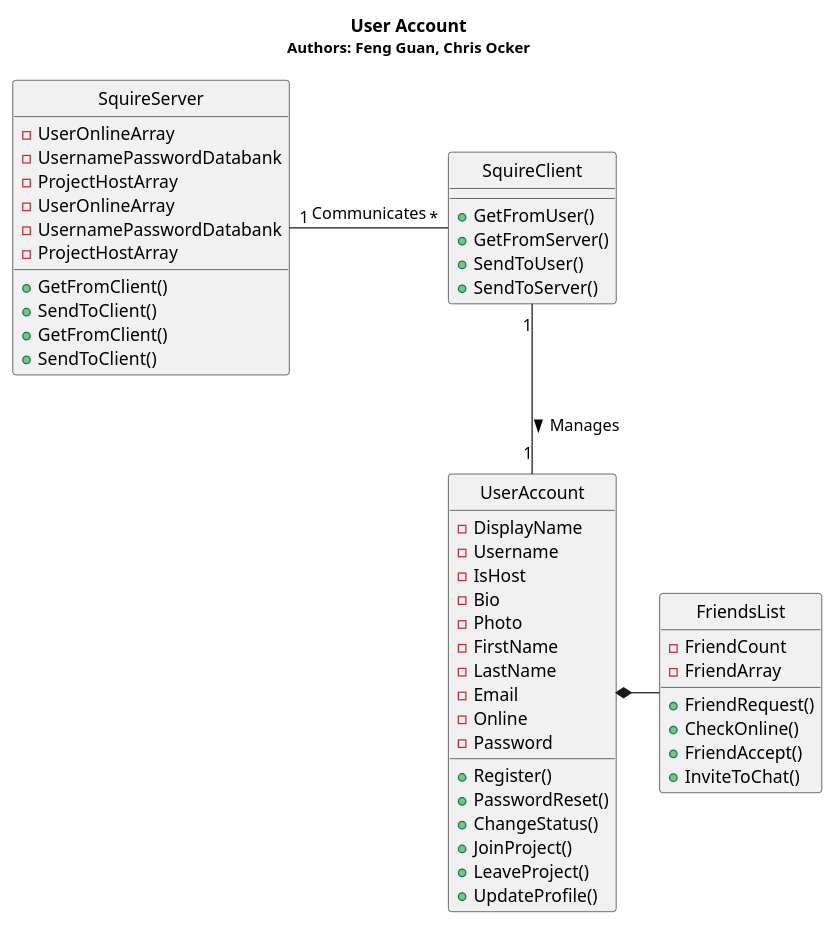
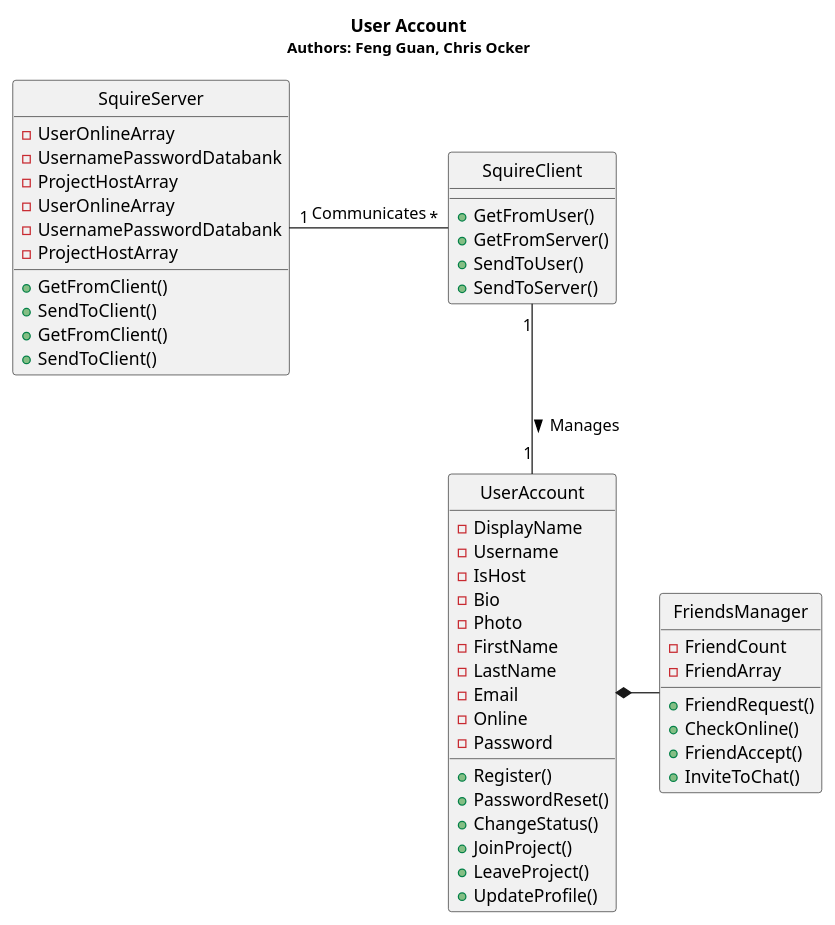
Before and after one commit to voxelv/sQuire_kw: the diagram in hw3/UserAccount/UserAccounts.puml, drawn with PlantUML.

```diff
--- a/hw3/UserAccount/UserAccounts.puml
+++ b/hw3/UserAccount/UserAccounts.puml
@@ -1,67 +1,67 @@
 @startuml
 hide circles
 
 Title <b>User Account</b>\n<size:12>Authors: Feng Guan, Chris Ocker</size>
 
 
 class "SquireServer" as ss{
 -UserOnlineArray
 -UsernamePasswordDatabank
 -ProjectHostArray
 +GetFromClient()
 +SendToClient()
 }
 
 class "UserAccount" as ua {
 -DisplayName
 -Username
 -IsHost
 -Bio
 -Photo
 -FirstName
 -LastName
 -Email
 -Online
 -Password
 +Register()
 +PasswordReset()
 +ChangeStatus()
 +JoinProject()
 +LeaveProject()
 +UpdateProfile()
 }
 
 
 
-class "FriendsList" as fl {
+class "FriendsManager" as fl {
 -FriendCount
 -FriendArray
 +FriendRequest()
 +CheckOnline()
 +FriendAccept()
 +InviteToChat()
 }
 
 
 class "SquireServer" as ss {
 -UserOnlineArray
 -UsernamePasswordDatabank
 -ProjectHostArray
 +GetFromClient()
 +SendToClient()
 }
 
 
 class "SquireClient" as sc {
 +GetFromUser()
 +GetFromServer()
 +SendToUser()
 +SendToServer()
 }
 
 
 sc "1"  -- "1" ua : Manages >
 ss "1"  -r- "*" sc : Communicates
 
 fl  -l-* ua
 @enduml
```
